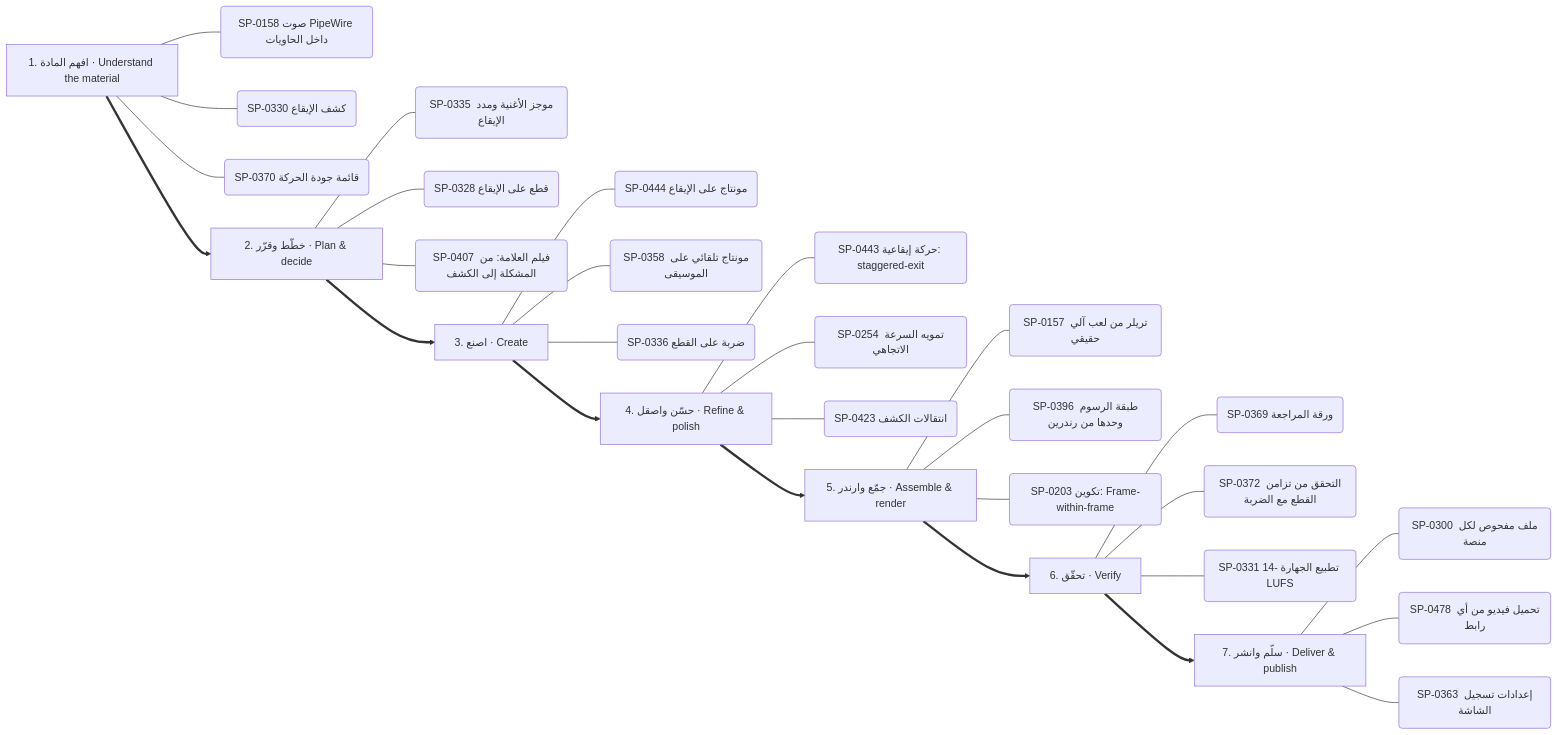
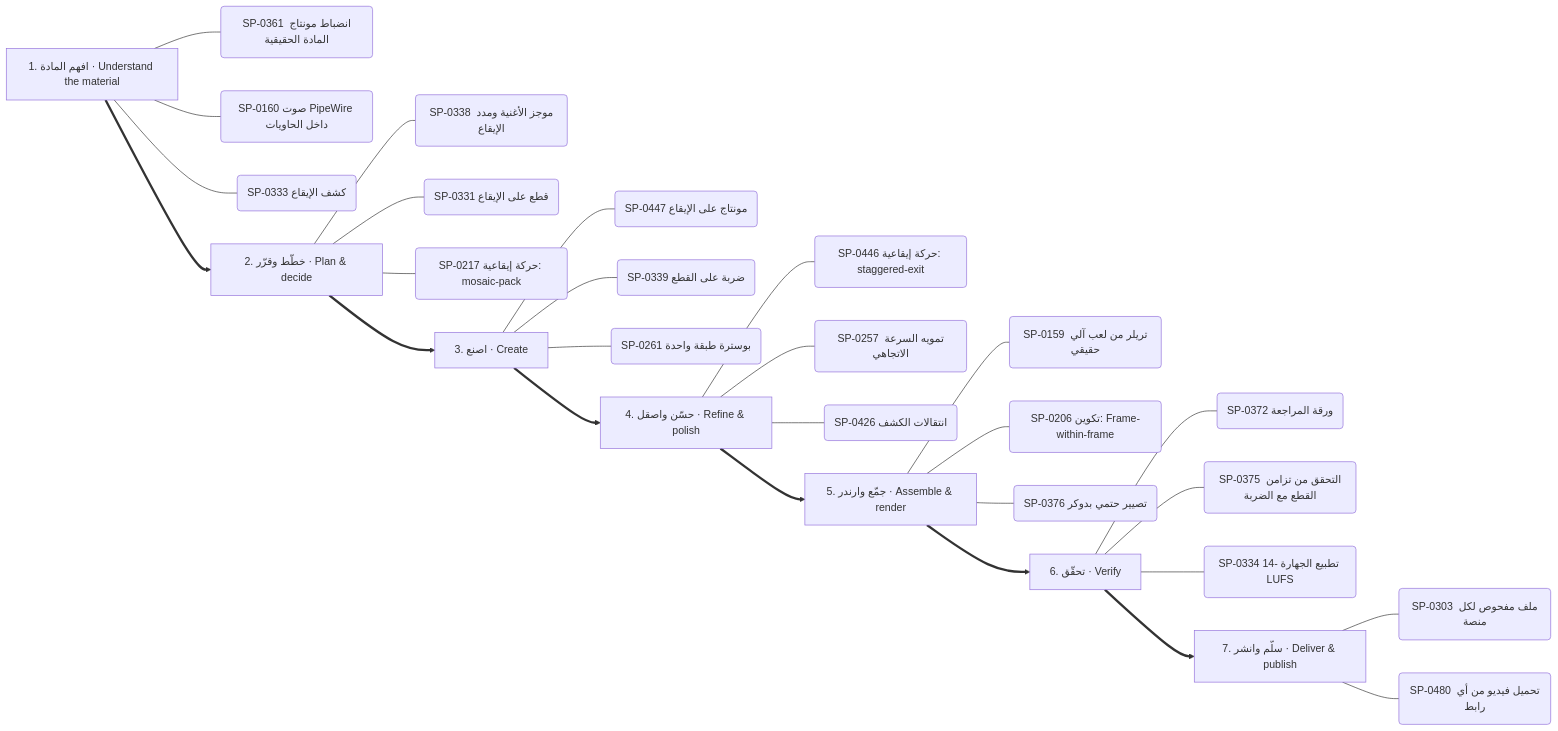
Before and after one commit to kosif199022-jpg/kosif-tool: the third of 13 diagrams in .claude/skills/kosif-superpowers/references/capability-mindmap.md, drawn with Mermaid. The commit also changed other lines of this file and 153 other files, not shown here.

````diff
--- a/.claude/skills/kosif-superpowers/references/capability-mindmap.md
+++ b/.claude/skills/kosif-superpowers/references/capability-mindmap.md
@@ -179,37 +176,36 @@
 ```mermaid
 flowchart LR
   S0["1. افهم المادة · Understand the material"]
-  S0 --- S0_0("SP-0158 صوت PipeWire داخل الحاويات")
-  S0 --- S0_1("SP-0330 كشف الإيقاع")
-  S0 --- S0_2("SP-0370 قائمة جودة الحركة")
+  S0 --- S0_0("SP-0361 انضباط مونتاج المادة الحقيقية")
+  S0 --- S0_1("SP-0160 صوت PipeWire داخل الحاويات")
+  S0 --- S0_2("SP-0333 كشف الإيقاع")
   S1["2. خطّط وقرّر · Plan & decide"]
-  S1 --- S1_0("SP-0335 موجز الأغنية ومدد الإيقاع")
-  S1 --- S1_1("SP-0328 قطع على الإيقاع")
-  S1 --- S1_2("SP-0407 فيلم العلامة: من المشكلة إلى الكشف")
+  S1 --- S1_0("SP-0338 موجز الأغنية ومدد الإيقاع")
+  S1 --- S1_1("SP-0331 قطع على الإيقاع")
+  S1 --- S1_2("SP-0217 حركة إيقاعية: mosaic-pack")
   S0 ==> S1
   S2["3. اصنع · Create"]
-  S2 --- S2_0("SP-0444 مونتاج على الإيقاع")
-  S2 --- S2_1("SP-0358 مونتاج تلقائي على الموسيقى")
-  S2 --- S2_2("SP-0336 ضربة على القطع")
+  S2 --- S2_0("SP-0447 مونتاج على الإيقاع")
+  S2 --- S2_1("SP-0339 ضربة على القطع")
+  S2 --- S2_2("SP-0261 بوسترة طبقة واحدة")
   S1 ==> S2
   S3["4. حسّن واصقل · Refine & polish"]
-  S3 --- S3_0("SP-0443 حركة إيقاعية: staggered-exit")
-  S3 --- S3_1("SP-0254 تمويه السرعة الاتجاهي")
-  S3 --- S3_2("SP-0423 انتقالات الكشف")
+  S3 --- S3_0("SP-0446 حركة إيقاعية: staggered-exit")
+  S3 --- S3_1("SP-0257 تمويه السرعة الاتجاهي")
+  S3 --- S3_2("SP-0426 انتقالات الكشف")
   S2 ==> S3
   S4["5. جمّع وارندر · Assemble & render"]
-  S4 --- S4_0("SP-0157 تريلر من لعب آلي حقيقي")
-  S4 --- S4_1("SP-0396 طبقة الرسوم وحدها من رندرين")
-  S4 --- S4_2("SP-0203 تكوين: Frame-within-frame")
+  S4 --- S4_0("SP-0159 تريلر من لعب آلي حقيقي")
+  S4 --- S4_1("SP-0206 تكوين: Frame-within-frame")
+  S4 --- S4_2("SP-0376 تصيير حتمي بدوكر")
   S3 ==> S4
   S5["6. تحقّق · Verify"]
-  S5 --- S5_0("SP-0369 ورقة المراجعة")
-  S5 --- S5_1("SP-0372 التحقق من تزامن القطع مع الضربة")
-  S5 --- S5_2("SP-0331 تطبيع الجهارة -14 LUFS")
+  S5 --- S5_0("SP-0372 ورقة المراجعة")
+  S5 --- S5_1("SP-0375 التحقق من تزامن القطع مع الضربة")
+  S5 --- S5_2("SP-0334 تطبيع الجهارة -14 LUFS")
   S4 ==> S5
   S6["7. سلّم وانشر · Deliver & publish"]
-  S6 --- S6_0("SP-0300 ملف مفحوص لكل منصة")
-  S6 --- S6_1("SP-0478 تحميل فيديو من أي رابط")
-  S6 --- S6_2("SP-0363 إعدادات تسجيل الشاشة")
+  S6 --- S6_0("SP-0303 ملف مفحوص لكل منصة")
+  S6 --- S6_1("SP-0480 تحميل فيديو من أي رابط")
   S5 ==> S6
 ```
````
